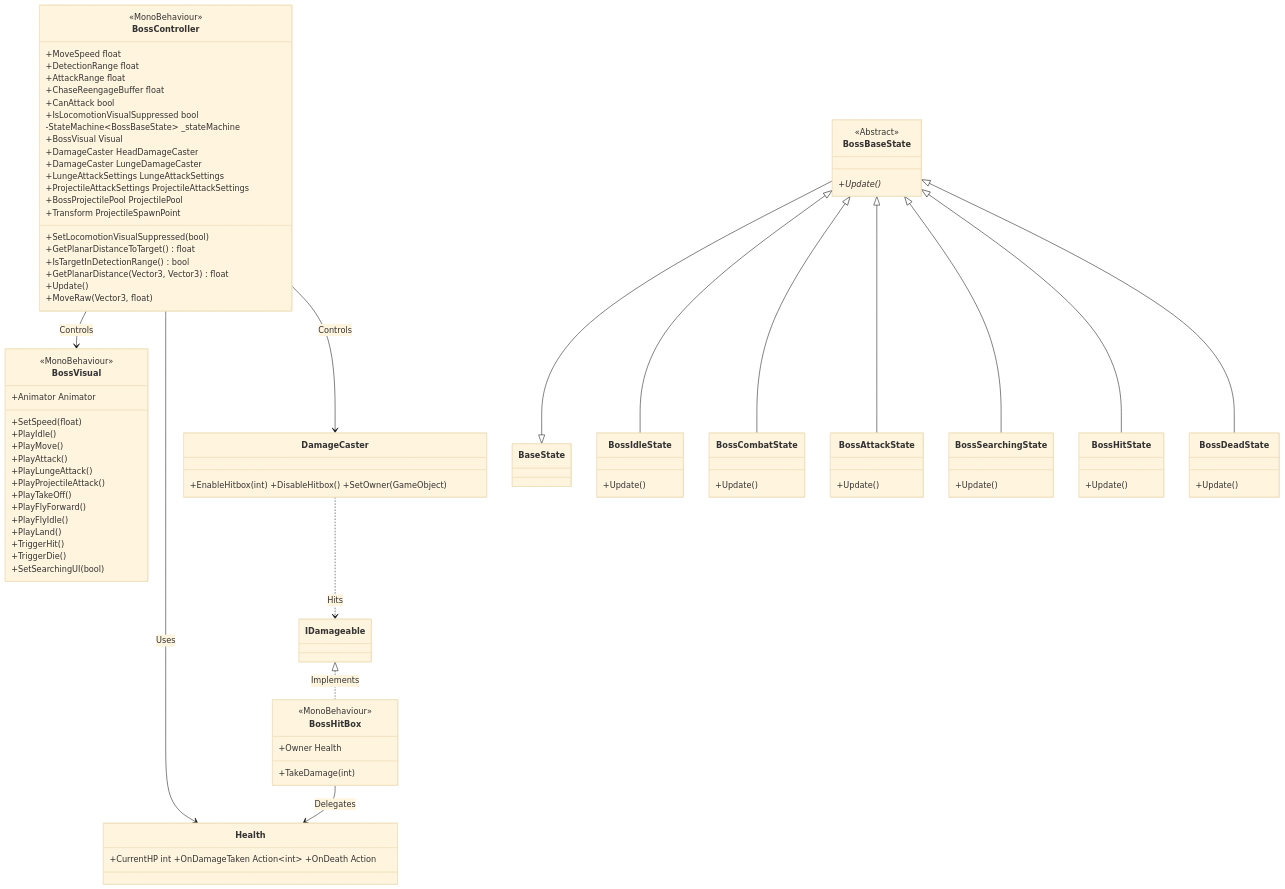
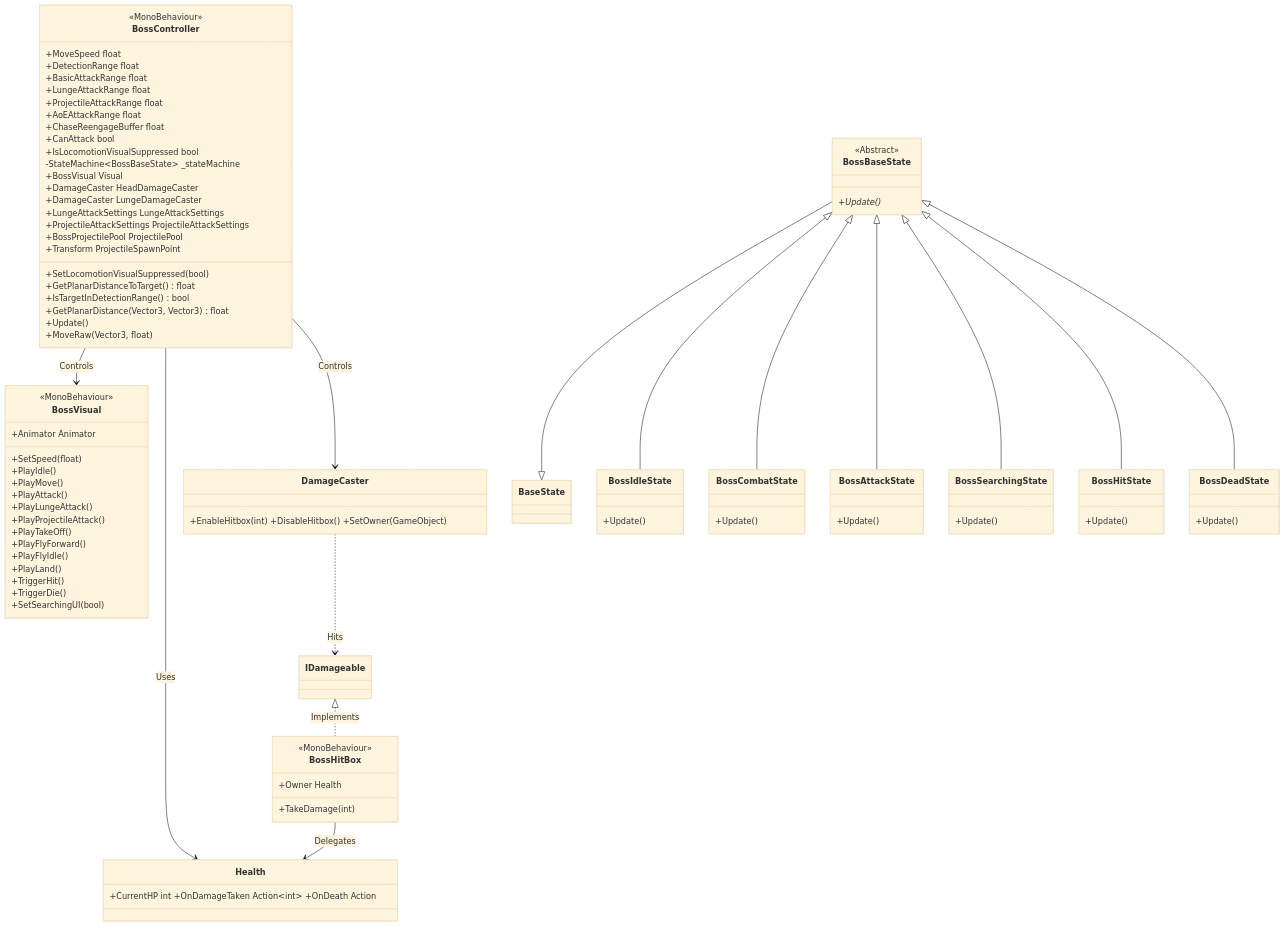
One commit to rozlfdl31-prog/BossRaidPortfolio changed the second of 4 diagrams in docs/technical/System_Blueprint.md. Above: the diagram before and after it, drawn with Mermaid (base theme). The commit also changed other lines of this file and 8 other files, not shown here.

```diff
--- a/docs/technical/System_Blueprint.md
+++ b/docs/technical/System_Blueprint.md
@@ -139,7 +139,10 @@
         <<MonoBehaviour>>
         +MoveSpeed float
         +DetectionRange float
-        +AttackRange float
+        +BasicAttackRange float
+        +LungeAttackRange float
+        +ProjectileAttackRange float
+        +AoEAttackRange float
         +ChaseReengageBuffer float
         +CanAttack bool
         +IsLocomotionVisualSuppressed bool
```
